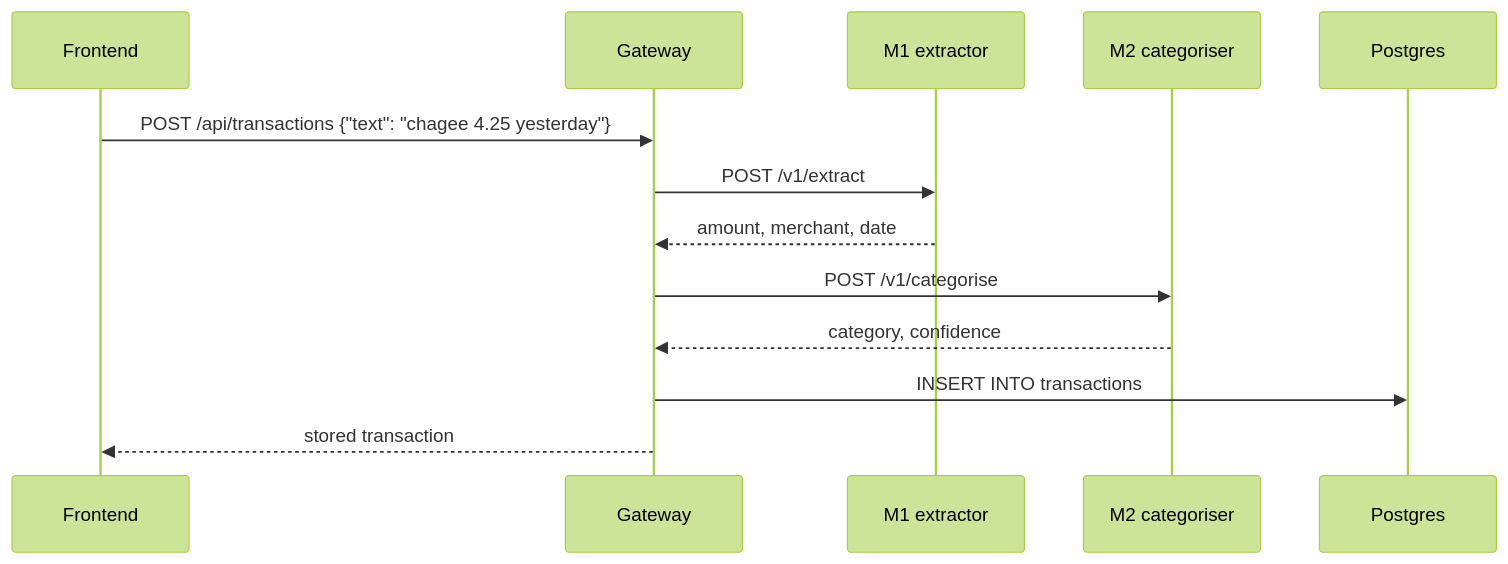
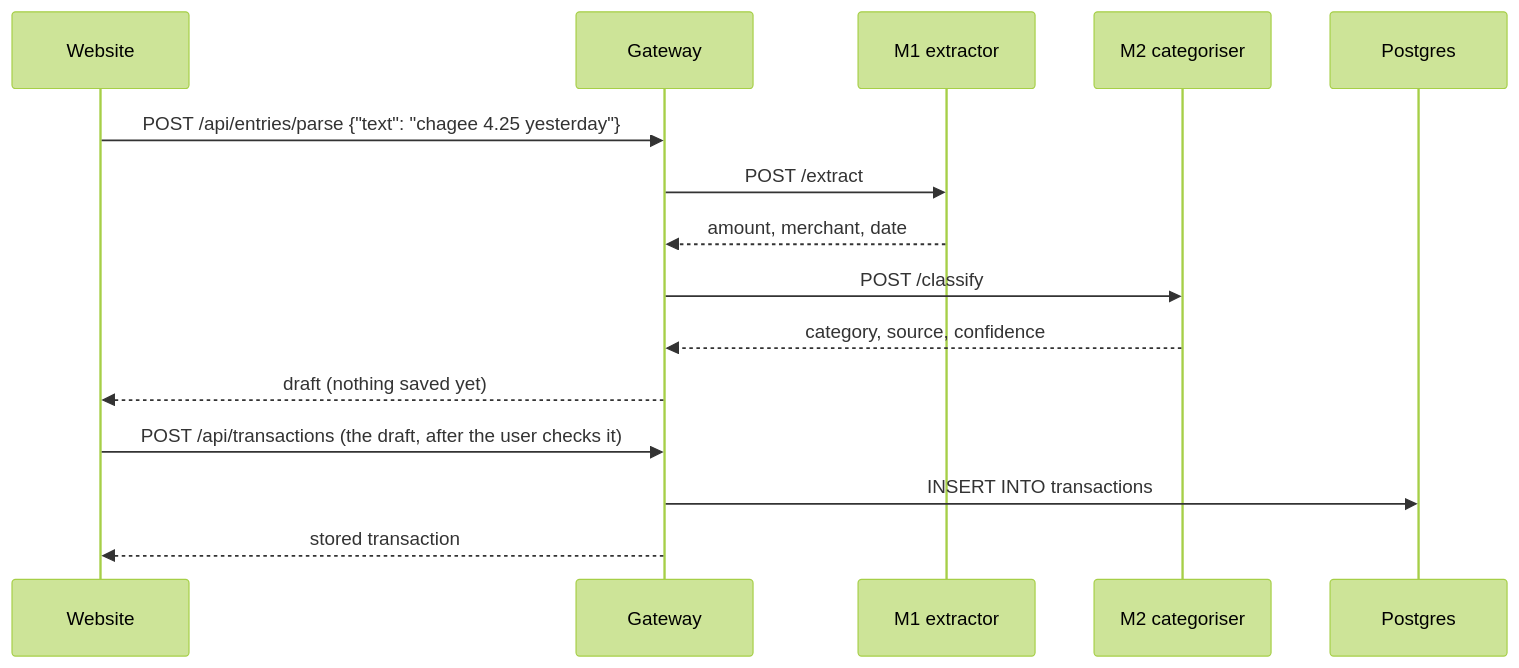
One commit to ngocminhminh1305/Spendcheck changed the diagram in docs/CONTRACTS.md. Above: the diagram before and after it, drawn with Mermaid (forest theme). The commit also changed other lines of this file and 20 other files, not shown here.

````diff
--- a/docs/CONTRACTS.md
+++ b/docs/CONTRACTS.md
@@ -171,15 +178,17 @@
 ```mermaid
 sequenceDiagram
-    participant UI as Frontend
+    participant UI as Website
     participant GW as Gateway
     participant M1 as M1 extractor
     participant M2 as M2 categoriser
     participant DB as Postgres
-    UI->>GW: POST /api/transactions {"text": "chagee 4.25 yesterday"}
-    GW->>M1: POST /v1/extract
+    UI->>GW: POST /api/entries/parse {"text": "chagee 4.25 yesterday"}
+    GW->>M1: POST /extract
     M1-->>GW: amount, merchant, date
-    GW->>M2: POST /v1/categorise
-    M2-->>GW: category, confidence
+    GW->>M2: POST /classify
+    M2-->>GW: category, source, confidence
+    GW-->>UI: draft (nothing saved yet)
+    UI->>GW: POST /api/transactions (the draft, after the user checks it)
     GW->>DB: INSERT INTO transactions
     GW-->>UI: stored transaction
 ```
````
